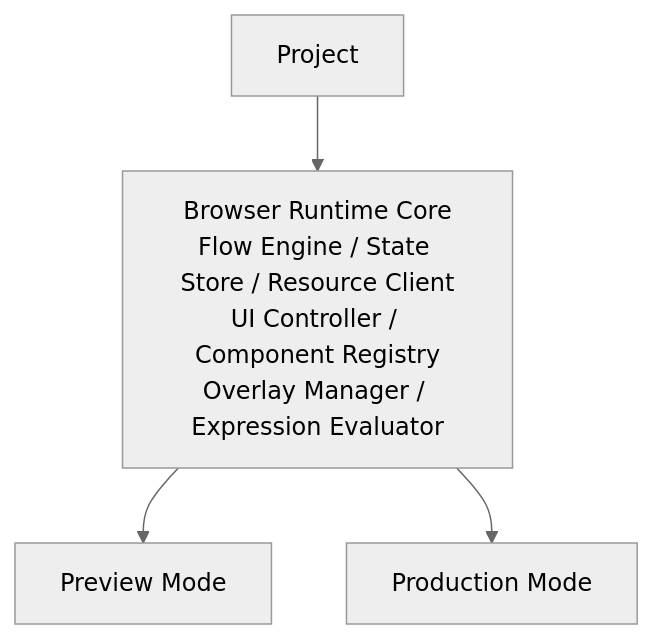
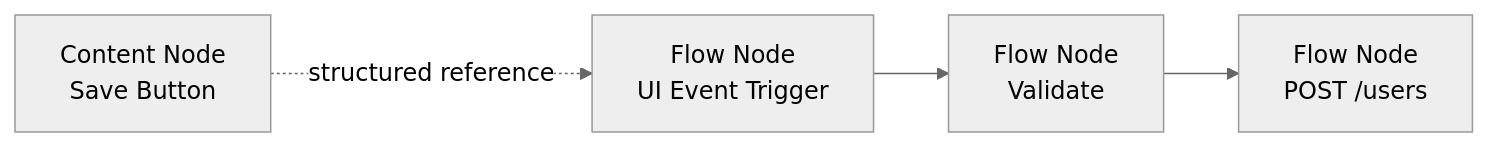
Before and after one commit to northwest-hcu/FlagShip: the fourth of 6 diagrams in docs/architecture/01-product-overview.md, drawn with Mermaid (neutral theme). The commit also changed other lines of this file and 11 other files, not shown here.

Commit message:
docs: align architecture with component ownership model

````diff
--- a/docs/architecture/01-product-overview.md
+++ b/docs/architecture/01-product-overview.md
@@ -824,6 +211,10 @@
 ```mermaid
-flowchart TB
-    Project --> Core["Browser Runtime Core<br/>Flow Engine / State Store / Resource Client<br/>UI Controller / Component Registry<br/>Overlay Manager / Expression Evaluator"]
-    Core --> Preview["Preview Mode"]
-    Core --> Production["Production Mode"]
+flowchart LR
+    Button["Content Node<br/>Save Button"]
+    Trigger["Flow Node<br/>UI Event Trigger"]
+    Validate["Flow Node<br/>Validate"]
+    Request["Flow Node<br/>POST /users"]
+
+    Button -.->|"structured reference"| Trigger
+    Trigger --> Validate --> Request
 ```
````
